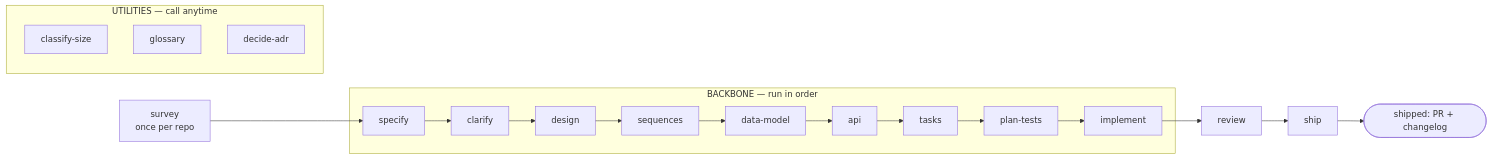
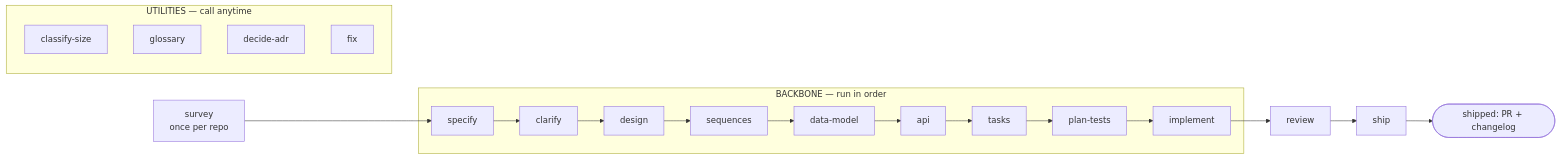
The diagram in README.md (PavelMel/sdd), drawn with Mermaid before and after one commit. The commit also changed other lines of this file and 14 other files, not shown here.

````diff
--- a/README.md
+++ b/README.md
@@ -121,14 +121,15 @@
 ```mermaid
 flowchart LR
     SV[survey<br/>once per repo] --> S
     subgraph backbone["BACKBONE — run in order"]
         S[specify] --> CL[clarify] --> D[design] --> SQ[sequences] --> DM[data-model] --> API[api] --> T[tasks] --> PT[plan-tests] --> IM[implement]
     end
     IM --> RV[review] --> SH[ship]
     subgraph util["UTILITIES — call anytime"]
         CS[classify-size]
         GL[glossary]
         ADR[decide-adr]
+        FX[fix]
     end
     SH --> done([shipped: PR + changelog])
 ```
````
